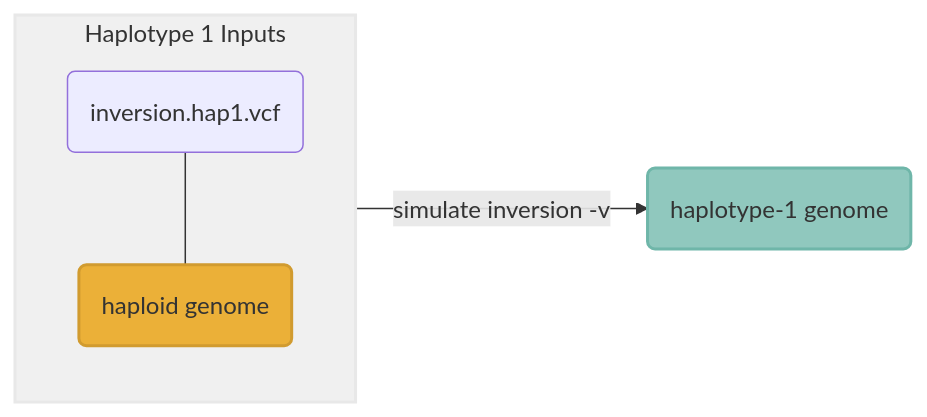
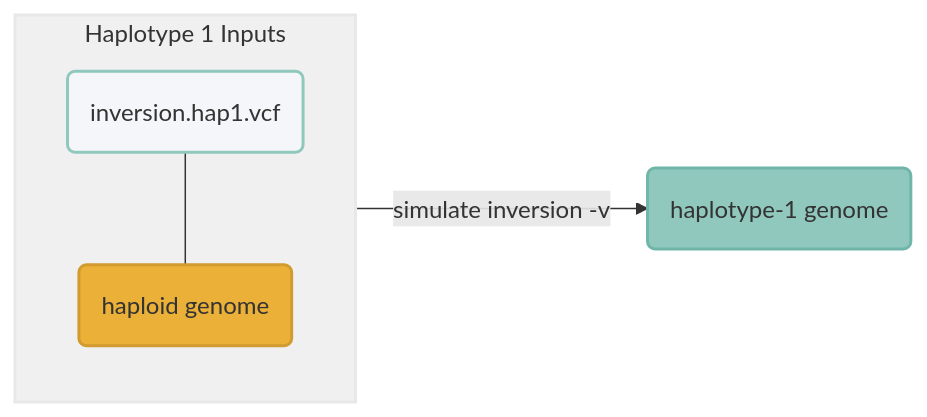
Before and after one commit to pdimens/harpy: the second of 6 diagrams in Modules/Simulate/simulate-variants.md, drawn with Mermaid. The commit also changed other lines of this file and 11 other files, not shown here.

Commit message:
update all mermaids

````diff
--- a/Modules/Simulate/simulate-variants.md
+++ b/Modules/Simulate/simulate-variants.md
@@ -234,10 +237,11 @@
 ```mermaid
 graph LR
     subgraph id1 ["Haplotype 1 Inputs"]
     hap1(inversion.hap1.vcf)---geno(haploid genome)
     end
     id1-->|simulate inversion -v|hapgeno(haplotype-1 genome)
     style id1 fill:#f0f0f0,stroke:#e8e8e8,stroke-width:2px
+    style hap1 fill:#f5f6f9,stroke:#90c8be,stroke-width:2px
     style hapgeno fill:#90c8be,stroke:#6fb6a9,stroke-width:2px
     style geno fill:#ebb038,stroke:#d19b2f,stroke-width:2px
 ```
````
